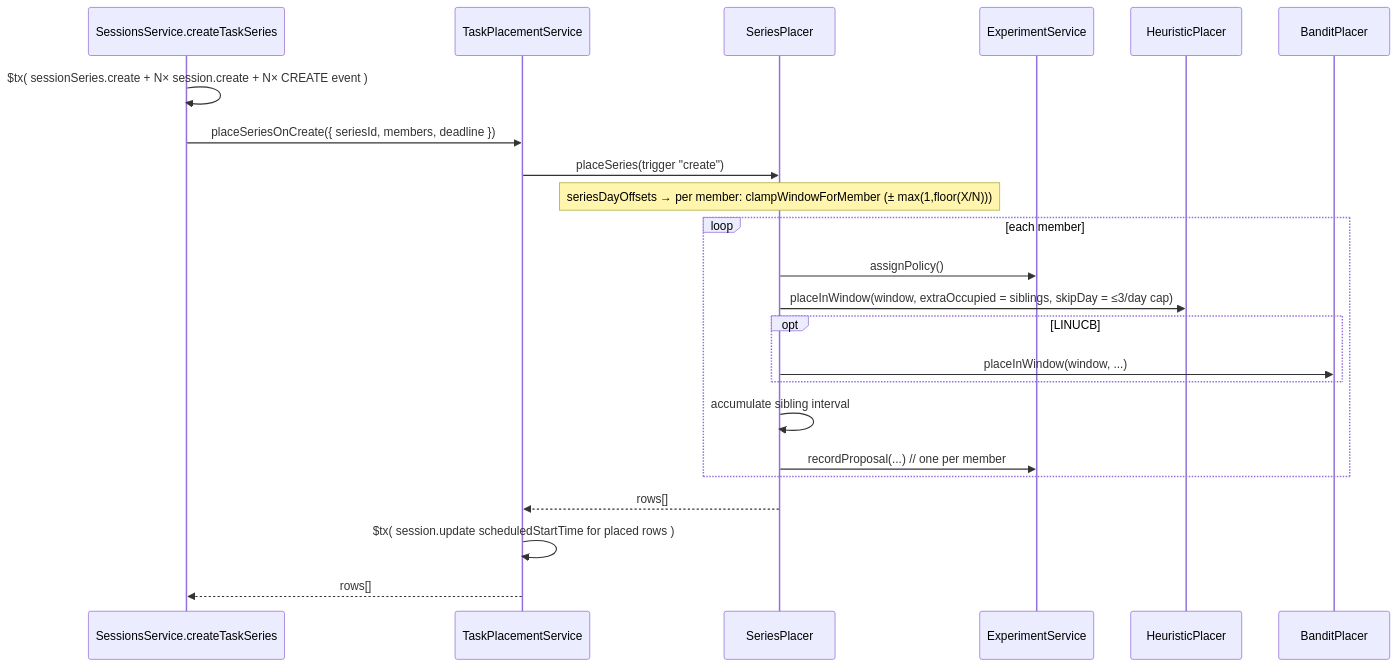
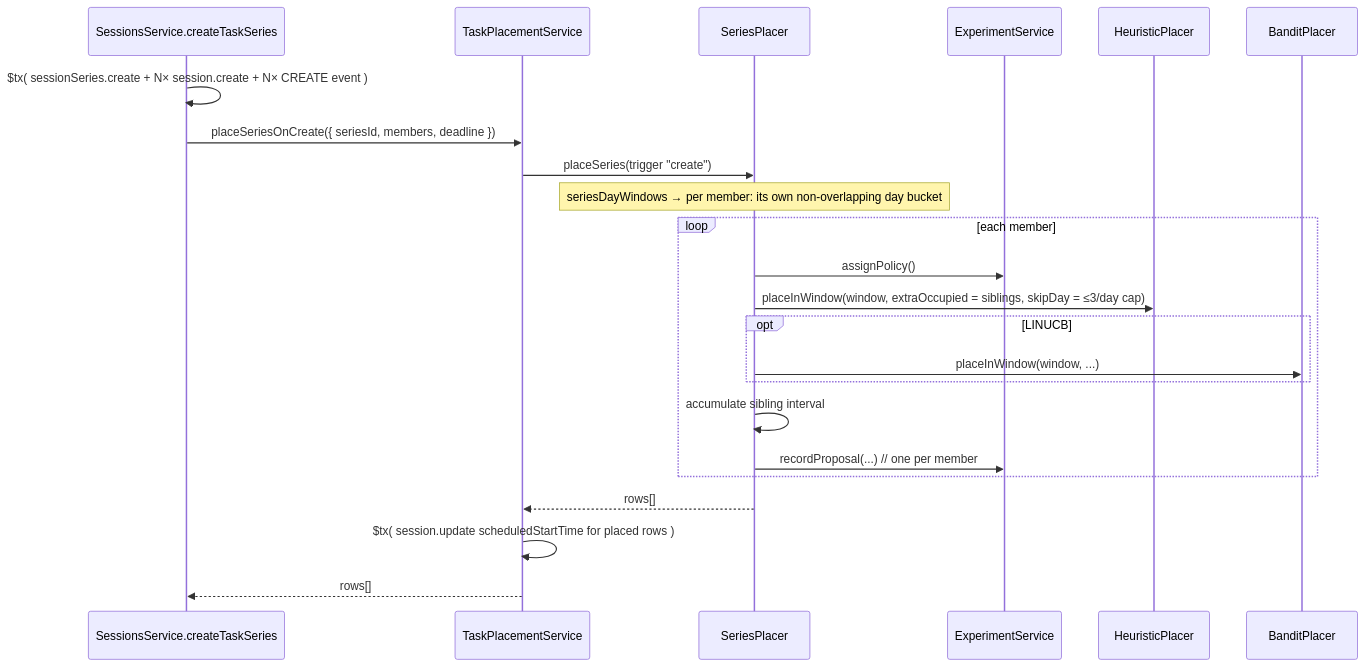
Before and after one commit to tryzenflow/zenflow: the third of 5 diagrams in backend/README.md, drawn with Mermaid. The commit also changed other lines of this file and 3 other files, not shown here.

````diff
--- a/backend/README.md
+++ b/backend/README.md
@@ -431,25 +441,25 @@
 ```mermaid
 sequenceDiagram
   participant S as SessionsService.createTaskSeries
   participant T as TaskPlacementService
   participant SP as SeriesPlacer
   participant E as ExperimentService
   participant H as HeuristicPlacer
   participant B as BanditPlacer
   S->>S: $tx( sessionSeries.create + N× session.create + N× CREATE event )
   S->>T: placeSeriesOnCreate({ seriesId, members, deadline })
   T->>SP: placeSeries(trigger "create")
-  Note over SP: seriesDayOffsets → per member: clampWindowForMember (± max(1,floor(X/N)))
+  Note over SP: seriesDayWindows → per member: its own non-overlapping day bucket
   loop each member
     SP->>E: assignPolicy()
     SP->>H: placeInWindow(window, extraOccupied = siblings, skipDay = ≤3/day cap)
     opt LINUCB
       SP->>B: placeInWindow(window, ...)
     end
     SP->>SP: accumulate sibling interval
     SP->>E: recordProposal(...)   // one per member
   end
   SP-->>T: rows[]
   T->>T: $tx( session.update scheduledStartTime for placed rows )
   T-->>S: rows[]
 ```
````
